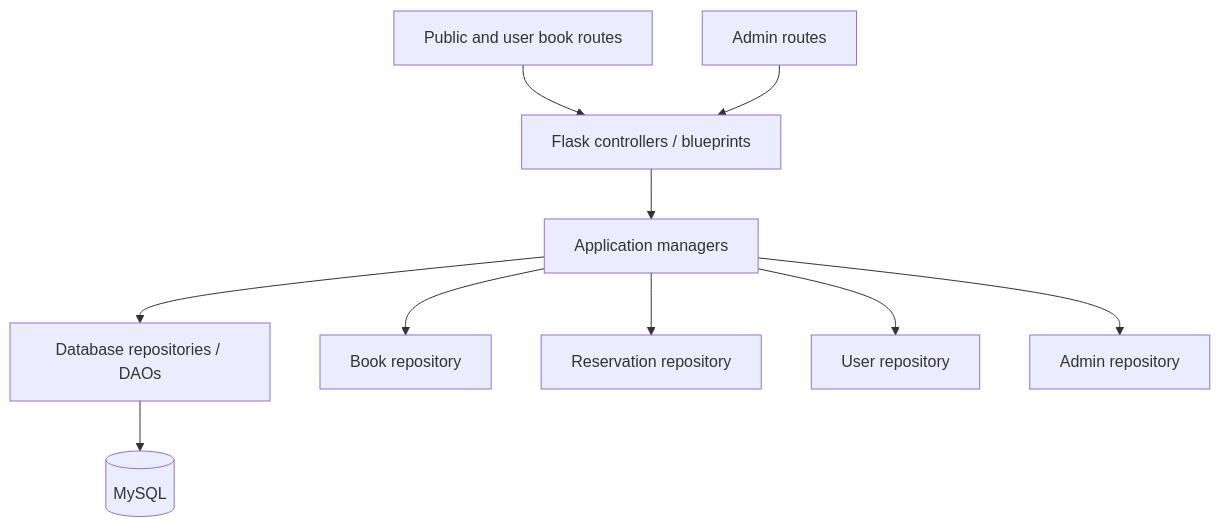
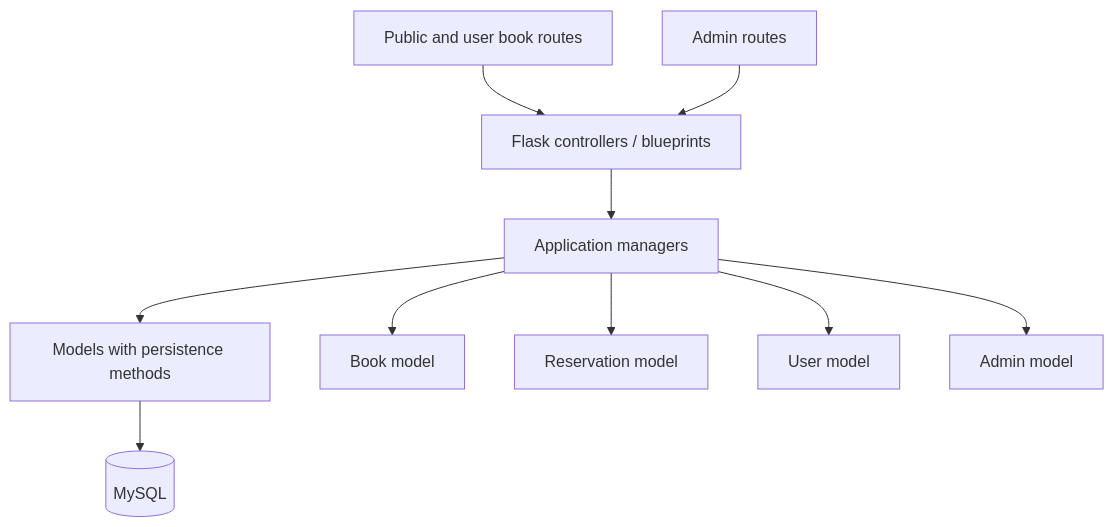
One commit to hamza-avvan/library-management-system changed the diagram in docs/architecture.md. Above: the diagram before and after it, drawn with Mermaid. The commit also changed other lines of this file and 31 other files, not shown here.

````diff
--- a/docs/architecture.md
+++ b/docs/architecture.md
@@ -7,18 +7,18 @@
 ```mermaid
 flowchart TD
     Routes[Flask controllers / blueprints]
     Managers[Application managers]
-    Repositories[Database repositories / DAOs]
+    Models[Models with persistence methods]
     DB[(MySQL)]
 
     Routes --> Managers
-    Managers --> Repositories
-    Repositories --> DB
+    Managers --> Models
+    Models --> DB
 
     Public[Public and user book routes] --> Routes
     Admin[Admin routes] --> Routes
-    Managers --> Books[Book repository]
-    Managers --> Reservations[Reservation repository]
-    Managers --> Users[User repository]
-    Managers --> Admins[Admin repository]
+    Managers --> Books[Book model]
+    Managers --> Reservations[Reservation model]
+    Managers --> Users[User model]
+    Managers --> Admins[Admin model]
 ```
````
